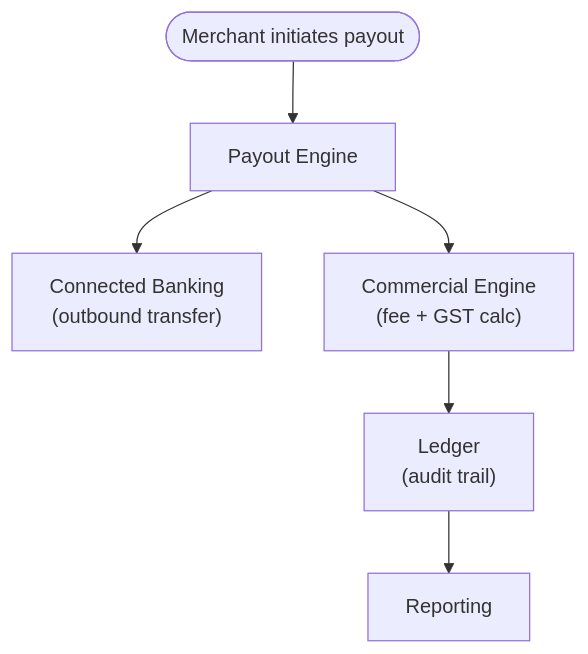
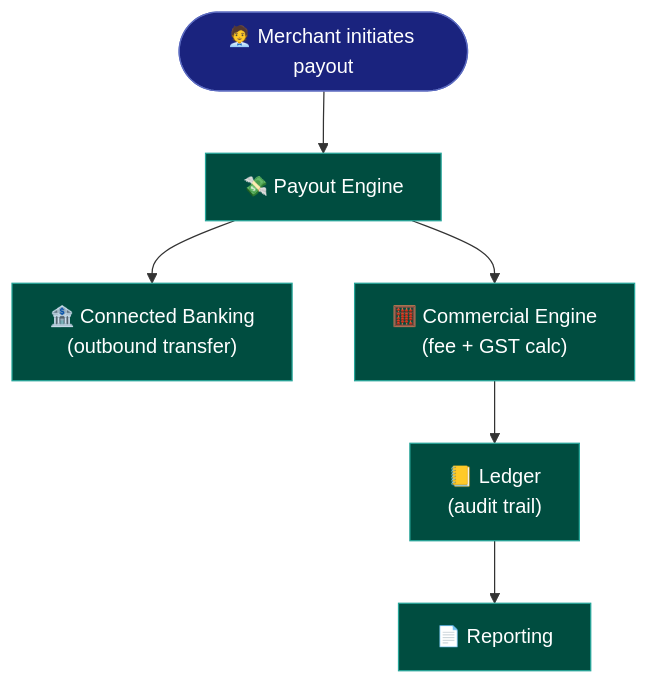
One commit to ghanendra-sdet/fintech-payout-engine changed the seventh of 7 diagrams in docs/architecture-and-flow.md. Above: the diagram before and after it, drawn with Mermaid. The commit also changed other lines of this file, not shown here.

Commit message:
docs: enhance architecture diagrams and generalize cross-repo testing insight

````diff
--- a/docs/architecture-and-flow.md
+++ b/docs/architecture-and-flow.md
@@ -124,8 +168,13 @@
 ```mermaid
 flowchart TD
-    Merchant([Merchant initiates payout]) --> PE["Payout Engine"]
-    PE --> CB["Connected Banking<br/>(outbound transfer)"]
-    PE --> CommE["Commercial Engine<br/>(fee + GST calc)"]
-    CommE --> Ledger["Ledger<br/>(audit trail)"]
-    Ledger --> Reporting
+    Merchant(["🧑‍💼 Merchant initiates payout"]) --> PE["💸 Payout Engine"]
+    PE --> CB["🏦 Connected Banking<br/>(outbound transfer)"]
+    PE --> CommE["🧮 Commercial Engine<br/>(fee + GST calc)"]
+    CommE --> Ledger["📒 Ledger<br/>(audit trail)"]
+    Ledger --> Reporting["📄 Reporting"]
+
+    classDef service fill:#004d40,stroke:#26a69a,color:#fff
+    classDef person fill:#1a237e,stroke:#5c6bc0,color:#fff
+    class Merchant person
+    class PE,CB,CommE,Ledger,Reporting service
 ```
````
